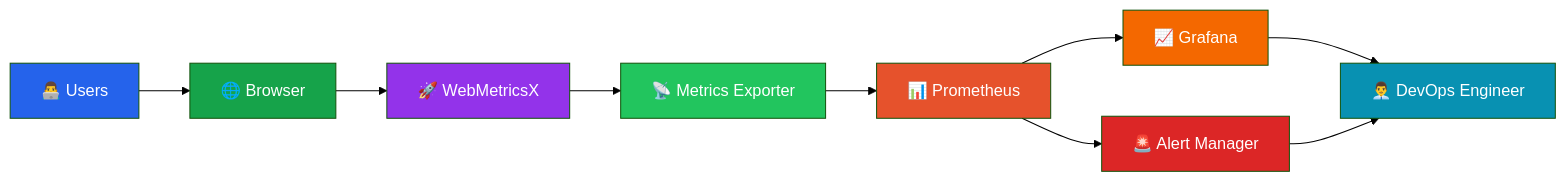
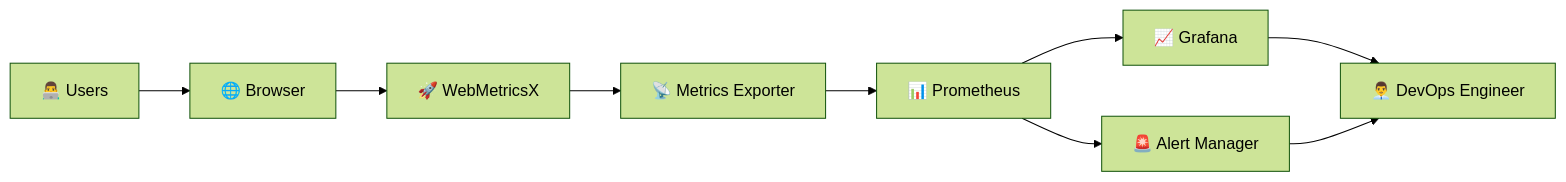
One commit to Saurav6200907210/WebMetricsX changed diagram 11 of 12 in README.md. Above: the diagram before and after it, drawn with Mermaid (forest theme). The commit also changed other lines of this file, not shown here.

````diff
--- a/README.md
+++ b/README.md
@@ -701,44 +343,11 @@
 ```mermaid
 flowchart LR
-
-Users["👨‍💻 Users"]
-
-Browser["🌐 Browser"]
-
-Application["🚀 WebMetricsX"]
-
-Exporter["📡 Metrics Exporter"]
-
-Prometheus["📊 Prometheus"]
-
-Grafana["📈 Grafana"]
-
-Alerts["🚨 Alert Manager"]
-
-Admin["👨‍💼 DevOps Engineer"]
-
-Users --> Browser
-
-Browser --> Application
-
-Application --> Exporter
-
-Exporter --> Prometheus
-
-Prometheus --> Grafana
-
-Prometheus --> Alerts
-
-Grafana --> Admin
-
+Users["👨‍💻 Users"] --> Browser["🌐 Browser"]
+Browser --> Application["🚀 WebMetricsX"]
+Application --> Exporter["📡 Metrics Exporter"]
+Exporter --> Prometheus["📊 Prometheus"]
+Prometheus --> Grafana["📈 Grafana"]
+Prometheus --> Alerts["🚨 Alert Manager"]
+Grafana --> Admin["👨‍💼 DevOps Engineer"]
 Alerts --> Admin
-
-style Users fill:#2563eb,color:#fff
-style Browser fill:#16a34a,color:#fff
-style Application fill:#9333ea,color:#fff
-style Exporter fill:#22c55e,color:#fff
-style Prometheus fill:#E6522C,color:#fff
-style Grafana fill:#F46800,color:#fff
-style Alerts fill:#dc2626,color:#fff
-style Admin fill:#0891b2,color:#fff
 ```
````
